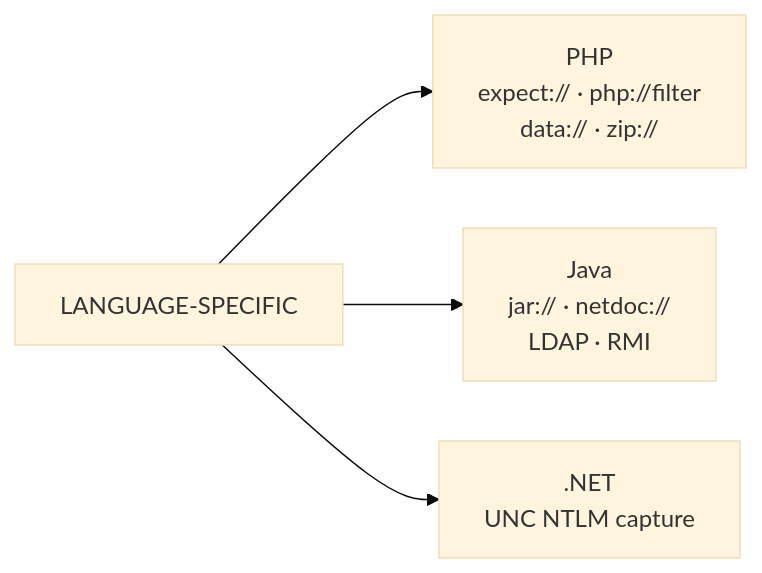
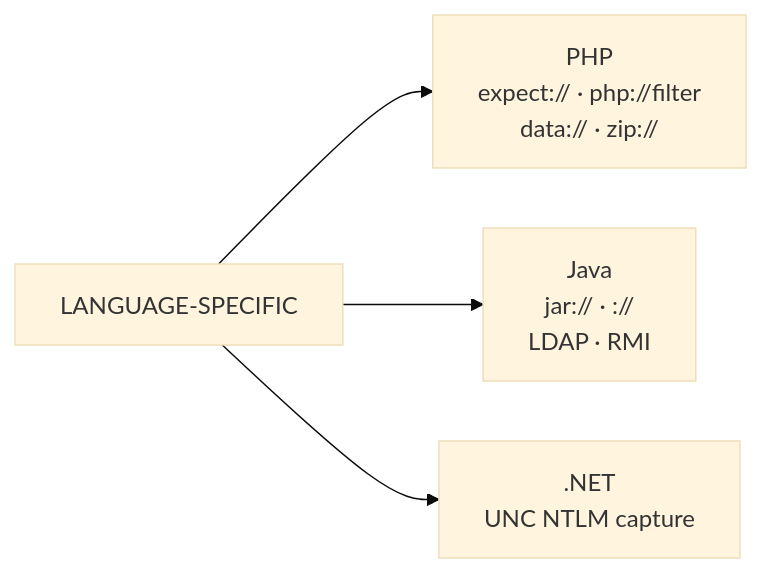
The third of 4 diagrams in docs/kb/injection-attacks/xxe.md (HansMolemanPNG/hansmolemanpng.github.io), drawn with Mermaid before and after one commit. The commit also changed other lines of this file, not shown here.

````diff
--- a/docs/kb/injection-attacks/xxe.md
+++ b/docs/kb/injection-attacks/xxe.md
@@ -375,9 +382,9 @@
 ```mermaid
 %%{init: {'theme': 'base', 'flowchart': {'rankSpacing': 60, 'nodeSpacing': 40}}}%%
 graph LR
 
     LS[LANGUAGE-SPECIFIC]
     LS --> LS1[PHP\nexpect:// · php://filter\ndata:// · zip://]
-    LS --> LS2[Java\njar:// · netdoc://\nLDAP · RMI]
+    LS --> LS2[Java\njar:// · ://\nLDAP · RMI]
     LS --> LS3[.NET\nUNC NTLM capture]
 ```
````
